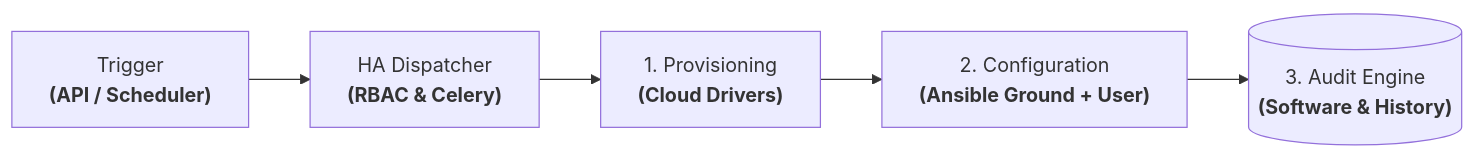
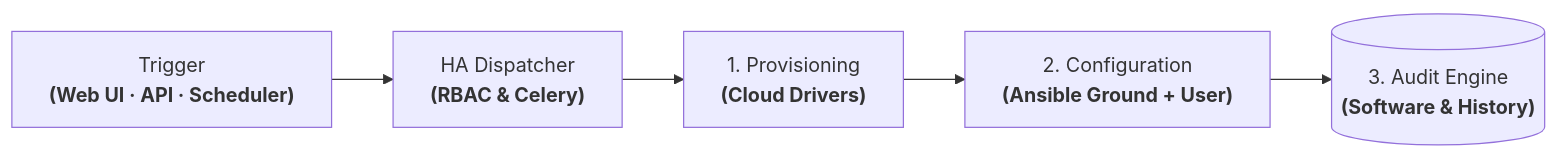
The diagram in docs/projects/orion-iaas.md (oredondo/oredondo.github.io), drawn with Mermaid before and after one commit. The commit also changed other lines of this file and 1 other file, not shown here.

Commit message:
feat(orion-iaas): add user web frontend form as primary self-service trigger channel

````diff
--- a/docs/projects/orion-iaas.md
+++ b/docs/projects/orion-iaas.md
@@ -59,7 +59,7 @@
 ```mermaid
 flowchart LR
-    Trig["Trigger<br/><b>(API / Scheduler)</b>"] --> Disp["HA Dispatcher<br/><b>(RBAC & Celery)</b>"]
+    Trig["Trigger<br/><b>(Web UI · API · Scheduler)</b>"] --> Disp["HA Dispatcher<br/><b>(RBAC & Celery)</b>"]
     Disp --> Prov["1. Provisioning<br/><b>(Cloud Drivers)</b>"]
     Prov --> Conf["2. Configuration<br/><b>(Ansible Ground + User)</b>"]
     Conf --> Audit[("3. Audit Engine<br/><b>(Software & History)</b>")]
 ```
````
